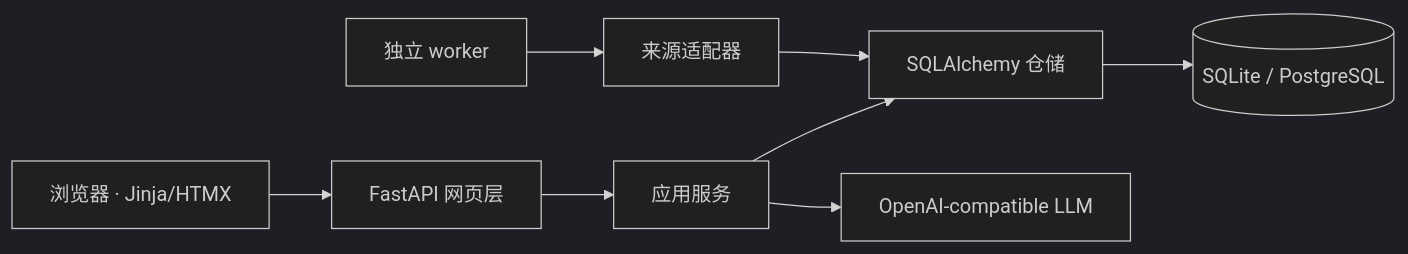
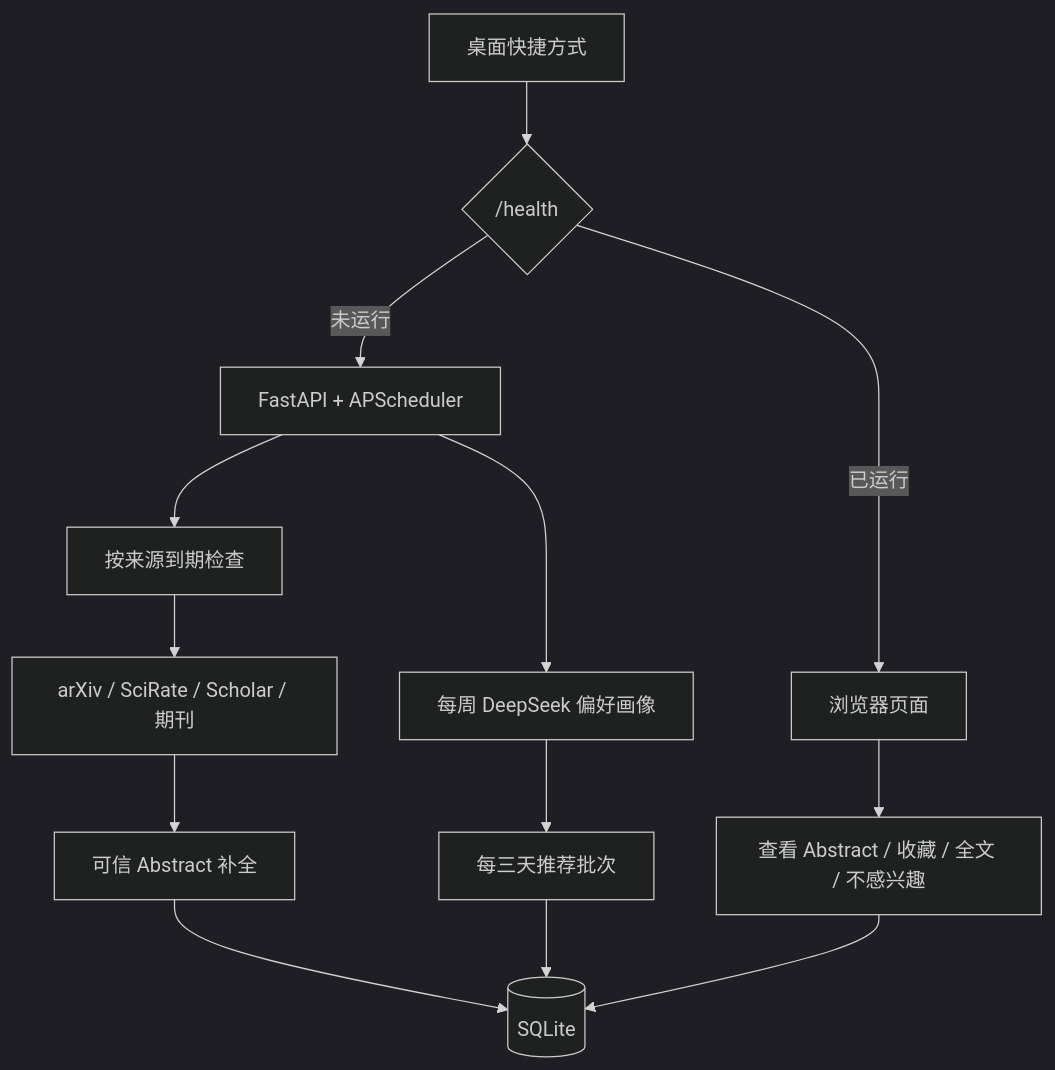
The diagram in docs/architecture.md (yuand17/arxiv-article-updater), drawn with Mermaid (dark theme) before and after one commit. The commit also changed other lines of this file and 56 other files, not shown here.

````diff
--- a/docs/architecture.md
+++ b/docs/architecture.md
@@ -5,10 +3,15 @@
 ```mermaid
-flowchart LR
-    W["浏览器 · Jinja/HTMX"] --> A["FastAPI 网页层"]
-    A --> S["应用服务"]
-    S --> R["SQLAlchemy 仓储"]
-    R --> D[("SQLite / PostgreSQL")]
-    K["独立 worker"] --> X["来源适配器"]
-    X --> R
-    S --> L["OpenAI-compatible LLM"]
+flowchart TD
+    D["桌面快捷方式"] --> H{"/health"}
+    H -->|"未运行"| A["FastAPI + APScheduler"]
+    H -->|"已运行"| B["浏览器页面"]
+    A --> S["按来源到期检查"]
+    S --> X["arXiv / SciRate / Scholar / 期刊"]
+    X --> E["可信 Abstract 补全"]
+    E --> DB[("SQLite")]
+    B --> I["查看 Abstract / 收藏 / 全文 / 不感兴趣"]
+    I --> DB
+    A --> P["每周 DeepSeek 偏好画像"]
+    P --> R["每三天推荐批次"]
+    R --> DB
 ```
````
